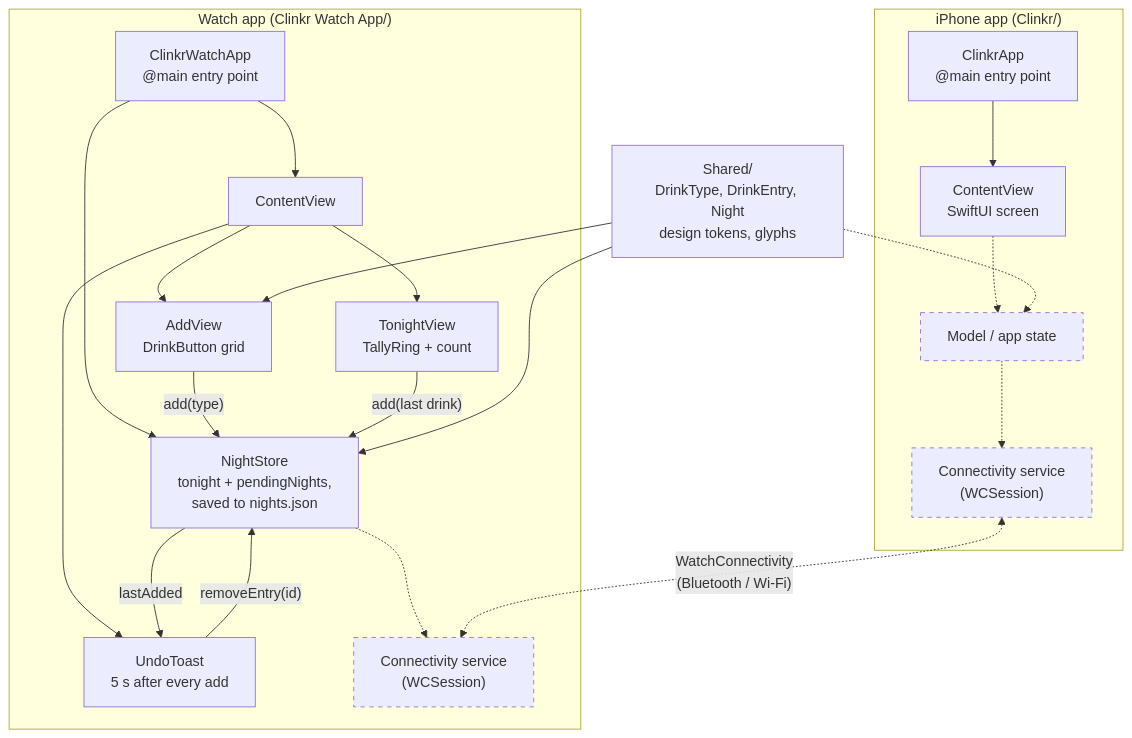
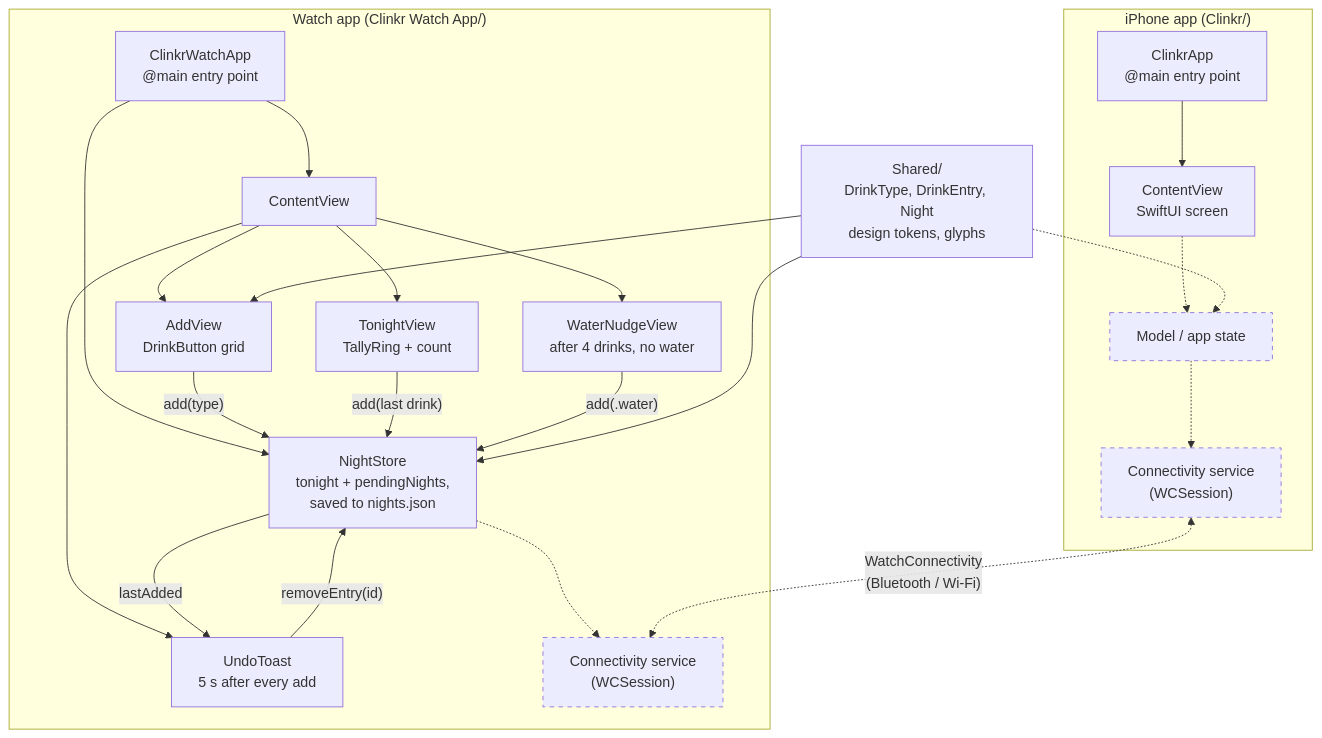
The second of 3 diagrams in docs/ARCHITECTURE.md (pablocolaiacovo/clink), drawn with Mermaid before and after one commit. The commit also changed other lines of this file and 8 other files, not shown here.

First line of the commit message:
Add the water break nudge on the Watch (#68)

````diff
--- a/docs/ARCHITECTURE.md
+++ b/docs/ARCHITECTURE.md
@@ -34,34 +34,36 @@
 ```mermaid
 flowchart TB
     subgraph phone["iPhone app (Clinkr/)"]
         pApp["ClinkrApp<br/>@main entry point"] --> pView["ContentView<br/>SwiftUI screen"]
         pModel["Model / app state"]:::planned
         pSync["Connectivity service<br/>(WCSession)"]:::planned
         pView -.-> pModel
         pModel -.-> pSync
     end
 
     subgraph watch["Watch app (Clinkr Watch App/)"]
         wApp["ClinkrWatchApp<br/>@main entry point"] --> wView["ContentView"]
         wView --> wTonight["TonightView<br/>TallyRing + count"]
         wView --> wAdd["AddView<br/>DrinkButton grid"]
         wView --> wToast["UndoToast<br/>5 s after every add"]
+        wView --> wNudge["WaterNudgeView<br/>after 4 drinks, no water"]
         wModel["NightStore<br/>tonight + pendingNights,<br/>saved to nights.json"]
         wSync["Connectivity service<br/>(WCSession)"]:::planned
         wApp --> wModel
         wAdd -- "add(type)" --> wModel
         wTonight -- "add(last drink)" --> wModel
         wModel -- "lastAdded" --> wToast
         wToast -- "removeEntry(id)" --> wModel
+        wNudge -- "add(.water)" --> wModel
         wModel -.-> wSync
     end
 
     shared["Shared/<br/>DrinkType, DrinkEntry, Night<br/>design tokens, glyphs"]
     shared -.-> pModel
     shared --> wModel
     shared --> wAdd
 
     pSync <-. "WatchConnectivity<br/>(Bluetooth / Wi-Fi)" .-> wSync
 
     classDef planned stroke-dasharray: 5 5
 ```
````
